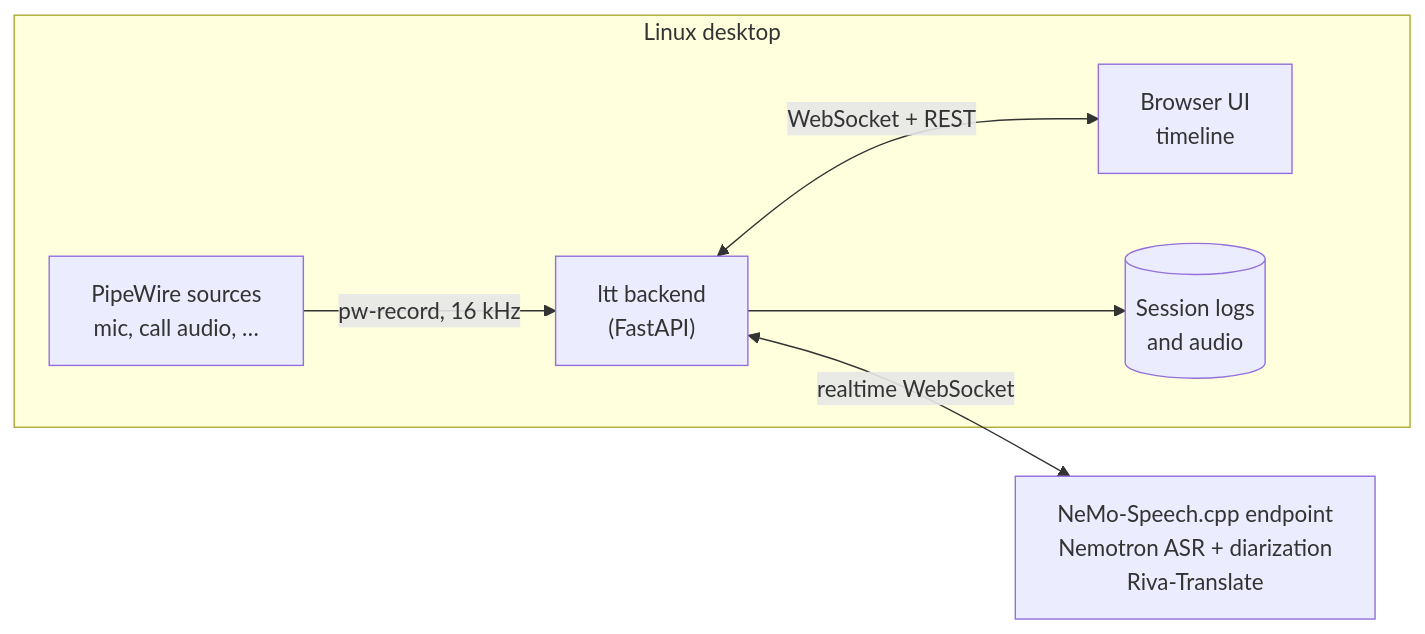
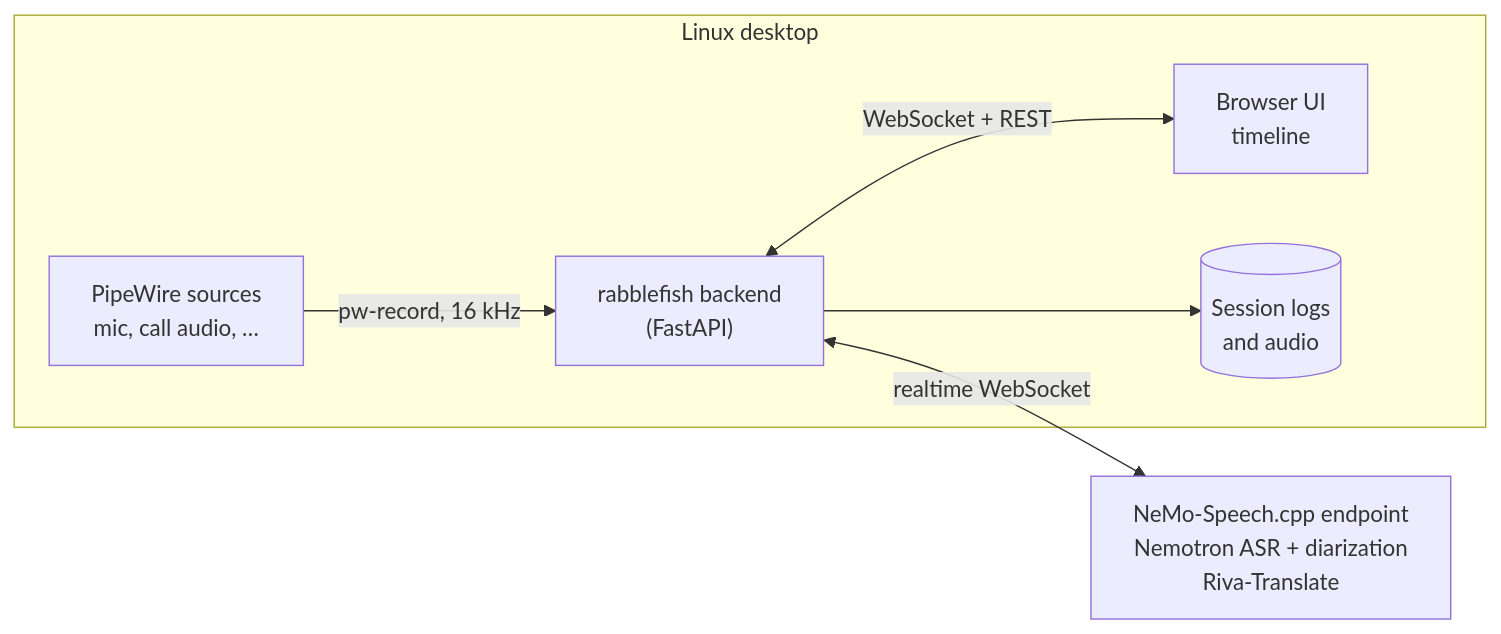
The diagram in README.md (gdevenyi/RabbleFish), drawn with Mermaid before and after one commit. The commit also changed other lines of this file and 52 other files, not shown here.

````diff
--- a/README.md
+++ b/README.md
@@ -26,9 +26,9 @@
 ```mermaid
 flowchart LR
     subgraph Desktop["Linux desktop"]
-        PW["PipeWire sources<br/>mic, call audio, …"] -->|pw-record, 16 kHz| BE["ltt backend<br/>(FastAPI)"]
+        PW["PipeWire sources<br/>mic, call audio, …"] -->|pw-record, 16 kHz| BE["rabblefish backend<br/>(FastAPI)"]
         BE <-->|WebSocket + REST| UI["Browser UI<br/>timeline"]
         BE --> LOG[("Session logs<br/>and audio")]
     end
     BE <-->|realtime WebSocket| EP["NeMo-Speech.cpp endpoint<br/>Nemotron ASR + diarization<br/>Riva-Translate"]
 ```
````
